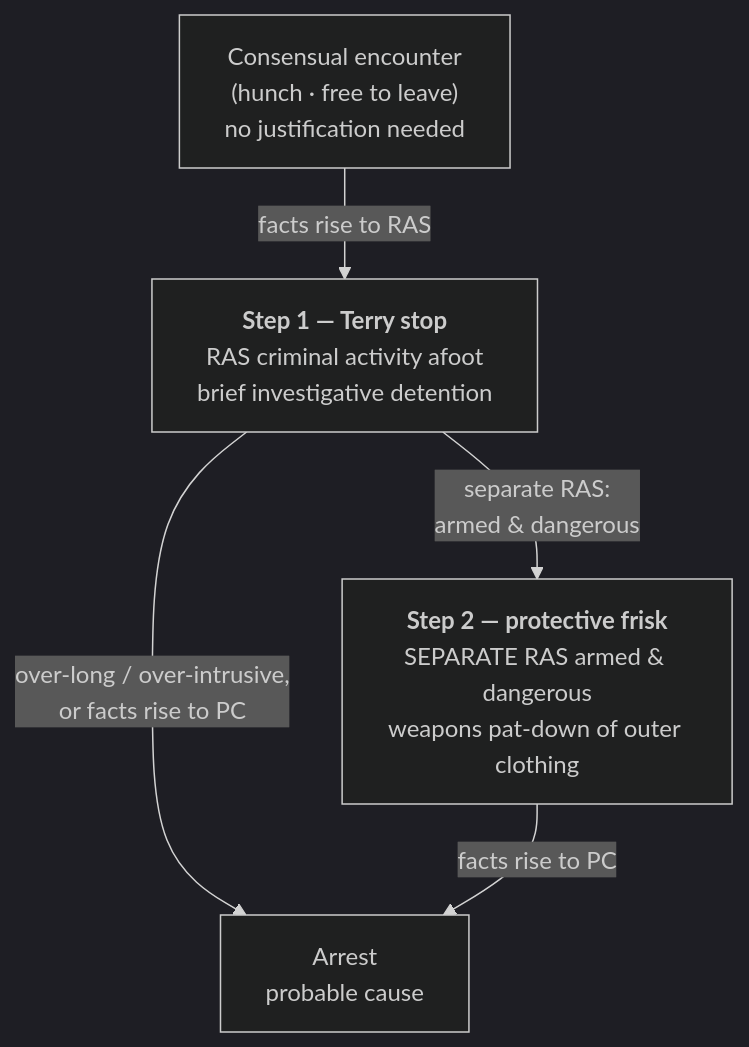
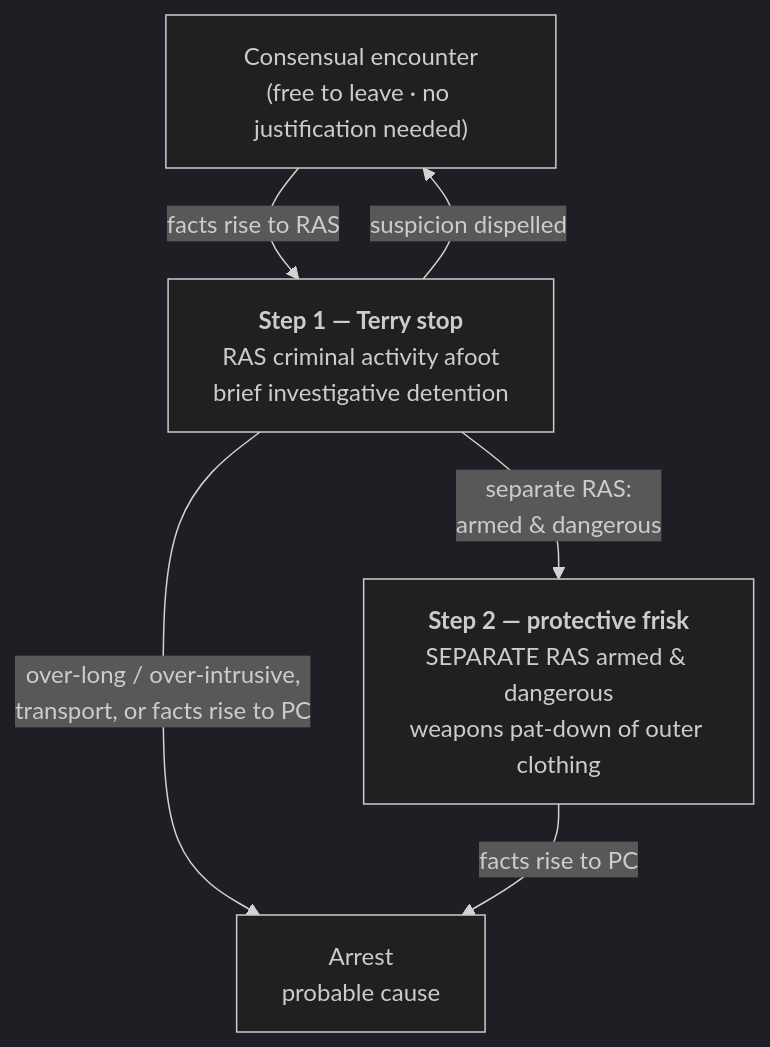
Before and after one commit to Enragedsaturday/enragedsaturday.github.io: the diagram in content/seizures/Terry Stops and Reasonable Suspicion.md, drawn with Mermaid (dark theme). The commit also changed other lines of this file and 4 other files, not shown here.

````diff
--- a/content/seizures/Terry Stops and Reasonable Suspicion.md
+++ b/content/seizures/Terry Stops and Reasonable Suspicion.md
@@ -104,11 +110,12 @@
 ```mermaid
 flowchart TD
-  E["Consensual encounter<br/>(hunch · free to leave)<br/>no justification needed"]
+  E["Consensual encounter<br/>(free to leave · no justification needed)"]
   S["<b>Step 1 — Terry stop</b><br/>RAS criminal activity afoot<br/>brief investigative detention"]
   F["<b>Step 2 — protective frisk</b><br/>SEPARATE RAS armed &amp; dangerous<br/>weapons pat-down of outer clothing"]
   A["Arrest<br/>probable cause"]
   E -->|"facts rise to RAS"| S
   S -->|"separate RAS:<br/>armed &amp; dangerous"| F
-  S -->|"over-long / over-intrusive,<br/>or facts rise to PC"| A
+  S -->|"over-long / over-intrusive,<br/>transport, or facts rise to PC"| A
+  S -->|"suspicion dispelled"| E
   F -->|"facts rise to PC"| A
 ```
````
